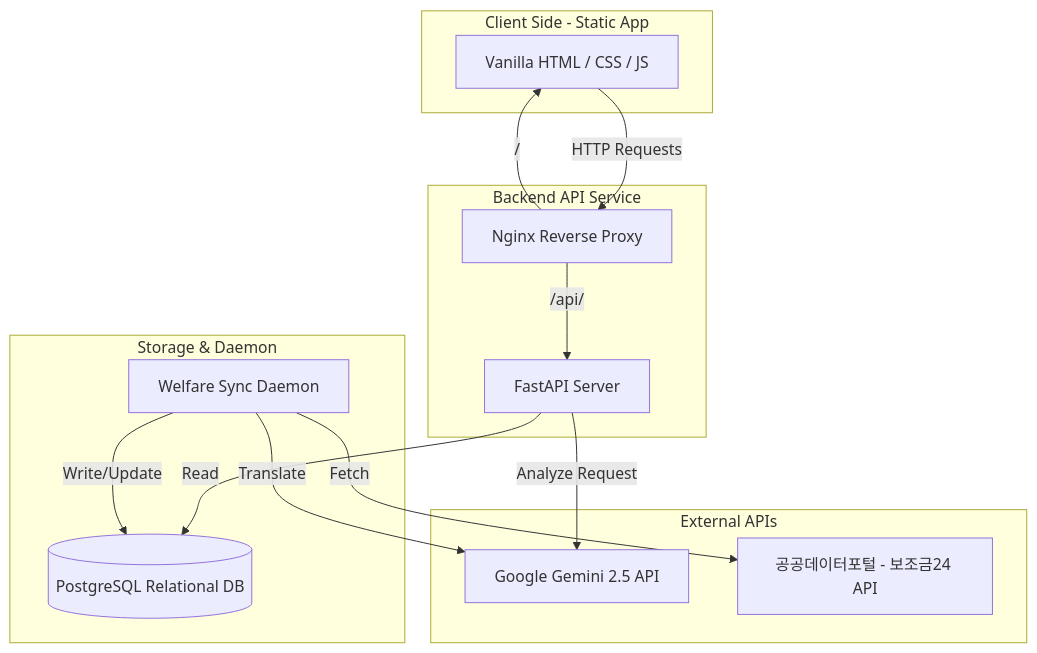
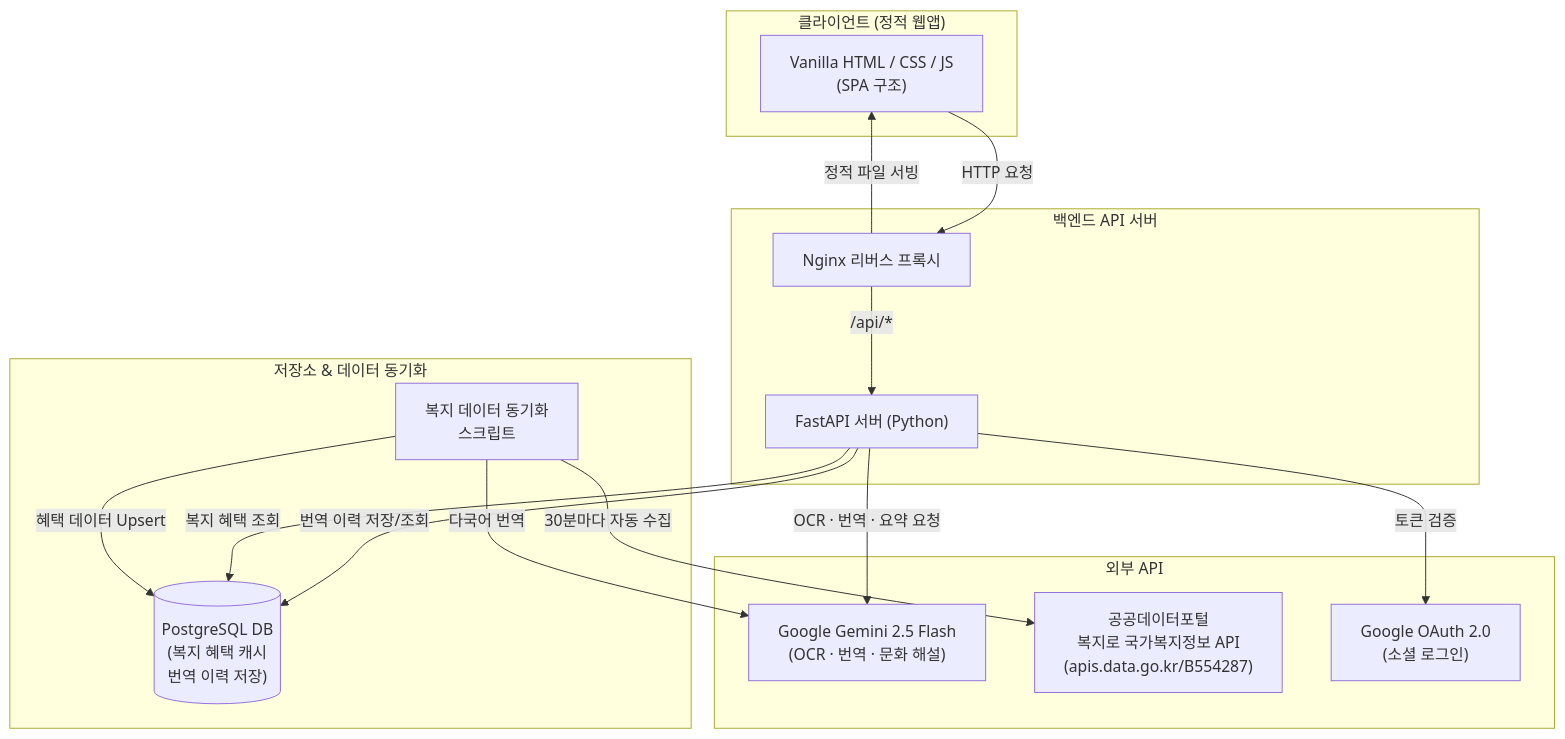
Before and after one commit to Joinjun001/K-AI-Award: the diagram in README.md, drawn with Mermaid. The commit also changed other lines of this file, not shown here.

Commit message:
docs: README 전면 재작성 — 현재 기능 반영 및 복지로 API 라이선스 출처 표기 추가

````diff
--- a/README.md
+++ b/README.md
@@ -34,35 +55,33 @@
 ```mermaid
 graph TD
-    %% Frontend
-    subgraph Client [Client Side - Static App]
-        FE[Vanilla HTML / CSS / JS]
+    subgraph Client["클라이언트 (정적 웹앱)"]
+        FE["Vanilla HTML / CSS / JS\n(SPA 구조)"]
     end
 
-    %% Backend Service
-    subgraph Backend [Backend API Service]
-        PROXY[Nginx Reverse Proxy]
-        API[FastAPI Server]
+    subgraph Backend["백엔드 API 서버"]
+        NGINX["Nginx 리버스 프록시"]
+        API["FastAPI 서버 (Python)"]
     end
 
-    %% Storage & Daemon
-    subgraph Storage [Storage & Daemon]
-        DB[(PostgreSQL Relational DB)]
-        DAEMON[Welfare Sync Daemon]
+    subgraph Storage["저장소 & 데이터 동기화"]
+        DB[("PostgreSQL DB\n(복지 혜택 캐시\n번역 이력 저장)")]
+        DAEMON["복지 데이터 동기화\n스크립트"]
     end
 
-    %% External Services
-    subgraph External [External APIs]
-        GEMINI[Google Gemini 2.5 API]
-        GOV[공공데이터포털 - 보조금24 API]
+    subgraph External["외부 API"]
+        GEMINI["Google Gemini 2.5 Flash\n(OCR · 번역 · 문화 해설)"]
+        BOKJIRO["공공데이터포털\n복지로 국가복지정보 API\n(apis.data.go.kr/B554287)"]
+        GOOGLE_AUTH["Google OAuth 2.0\n(소셜 로그인)"]
     end
 
-    %% Connections
-    FE -->|HTTP Requests| PROXY
-    PROXY -->|/| FE
-    PROXY -->|/api/| API
-    API -->|Read| DB
-    API -->|Analyze Request| GEMINI
-    DAEMON -->|Fetch| GOV
-    DAEMON -->|Translate| GEMINI
-    DAEMON -->|Write/Update| DB
+    FE -->|HTTP 요청| NGINX
+    NGINX -->|정적 파일 서빙| FE
+    NGINX -->|/api/*| API
+    API -->|OCR · 번역 · 요약 요청| GEMINI
+    API -->|번역 이력 저장/조회| DB
+    API -->|복지 혜택 조회| DB
+    API -->|토큰 검증| GOOGLE_AUTH
+    DAEMON -->|30분마다 자동 수집| BOKJIRO
+    DAEMON -->|다국어 번역| GEMINI
+    DAEMON -->|혜택 데이터 Upsert| DB
 ```
````
